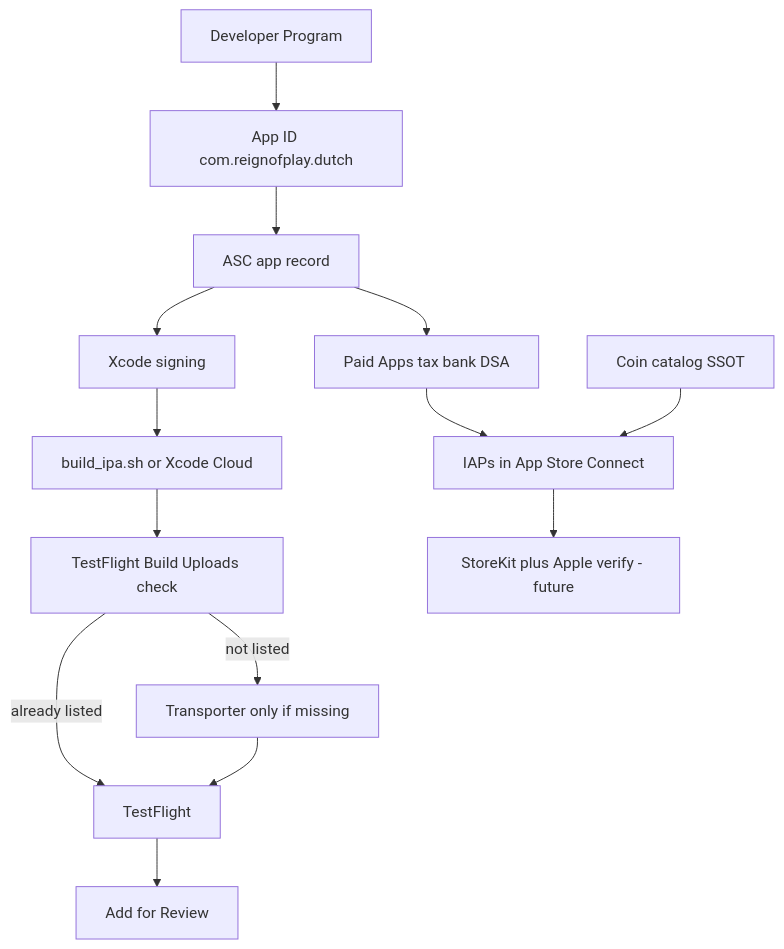
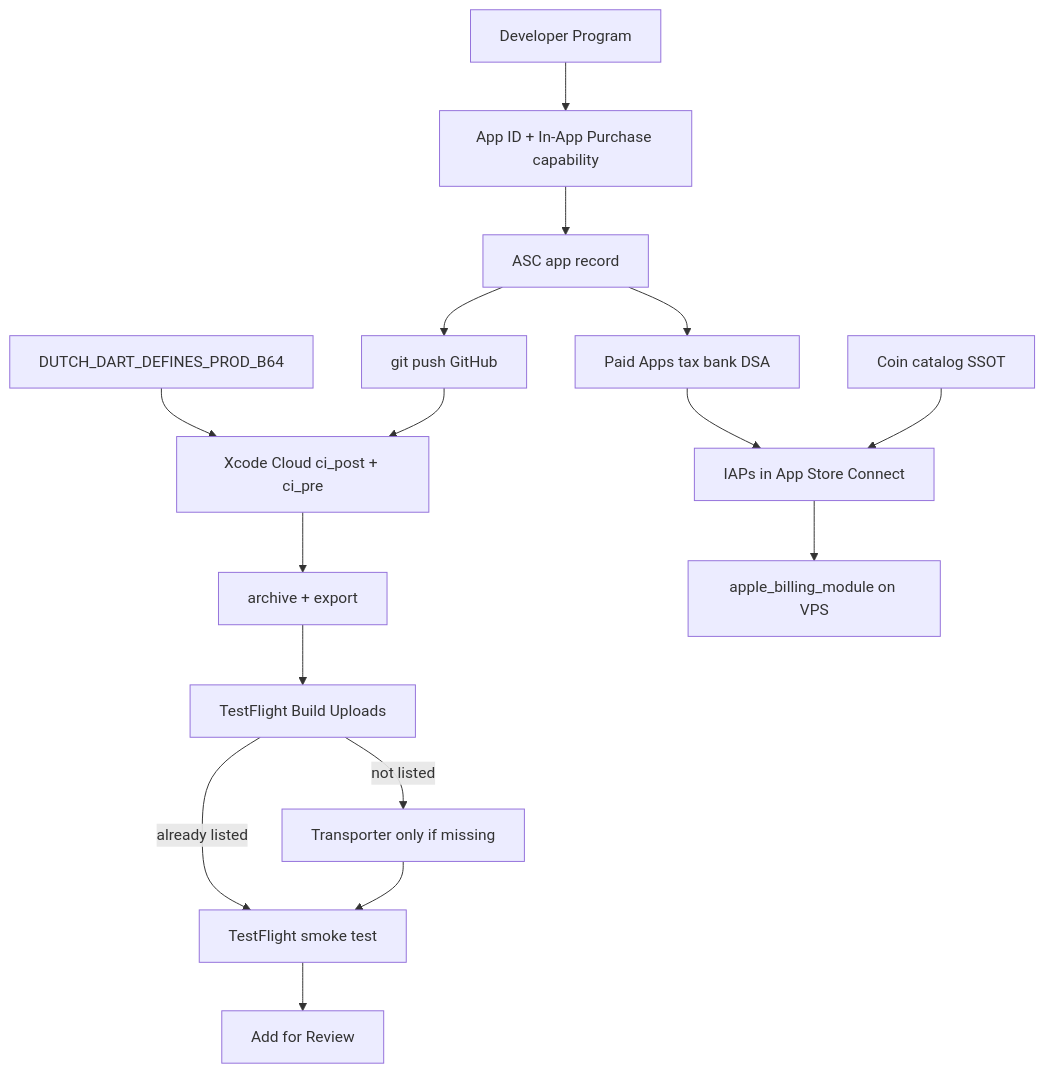
The second of 2 diagrams in Documentation/Android_V_ios/IOS_APP_STORE_RELEASE_GUIDE.md (sil-vella/recall), drawn with Mermaid before and after one commit. The commit also changed other lines of this file and 15 other files, not shown here.

````diff
--- a/Documentation/Android_V_ios/IOS_APP_STORE_RELEASE_GUIDE.md
+++ b/Documentation/Android_V_ios/IOS_APP_STORE_RELEASE_GUIDE.md
@@ -312,25 +420,28 @@
 ```mermaid
 flowchart TD
   enroll[Developer Program]
-  appId[App ID com.reignofplay.dutch]
+  appId[App ID + In-App Purchase capability]
   ascApp[ASC app record]
   business[Paid Apps tax bank DSA]
   catalog[Coin catalog SSOT]
   iapConnect[IAPs in App Store Connect]
-  xcode[Xcode signing]
-  ipa[build_ipa.sh or Xcode Cloud]
-  checkTf[TestFlight Build Uploads check]
+  gitPush[git push GitHub]
+  xcCloud[Xcode Cloud ci_post + ci_pre]
+  secret[DUTCH_DART_DEFINES_PROD_B64]
+  arch[archive + export]
+  checkTf[TestFlight Build Uploads]
   upload[Transporter only if missing]
-  tf[TestFlight]
-  storekit[StoreKit plus Apple verify - future]
+  tf[TestFlight smoke test]
+  appleSrv[apple_billing_module on VPS]
   review[Add for Review]
 
   enroll --> appId --> ascApp --> business
   business --> iapConnect
   catalog --> iapConnect
-  ascApp --> xcode --> ipa --> checkTf
+  secret --> xcCloud
+  ascApp --> gitPush --> xcCloud --> arch --> checkTf
   checkTf -->|already listed| tf
   checkTf -->|not listed| upload --> tf
-  iapConnect --> storekit
+  iapConnect --> appleSrv
   tf --> review
 ```
````
